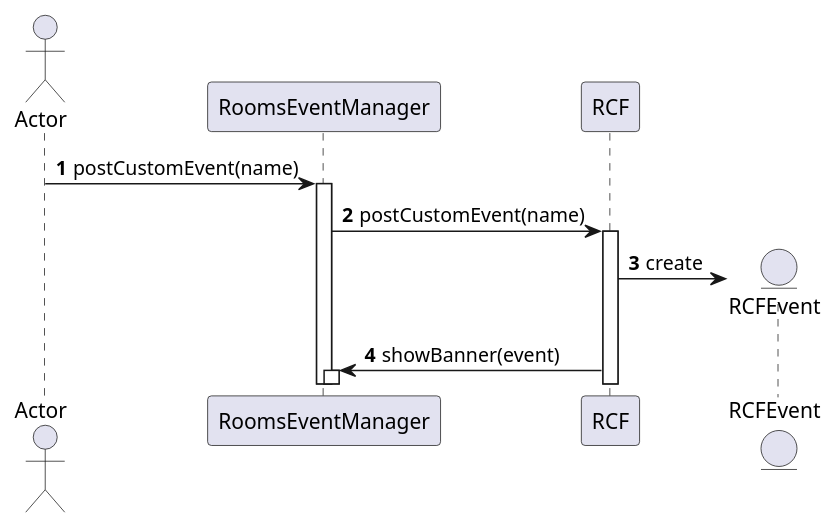
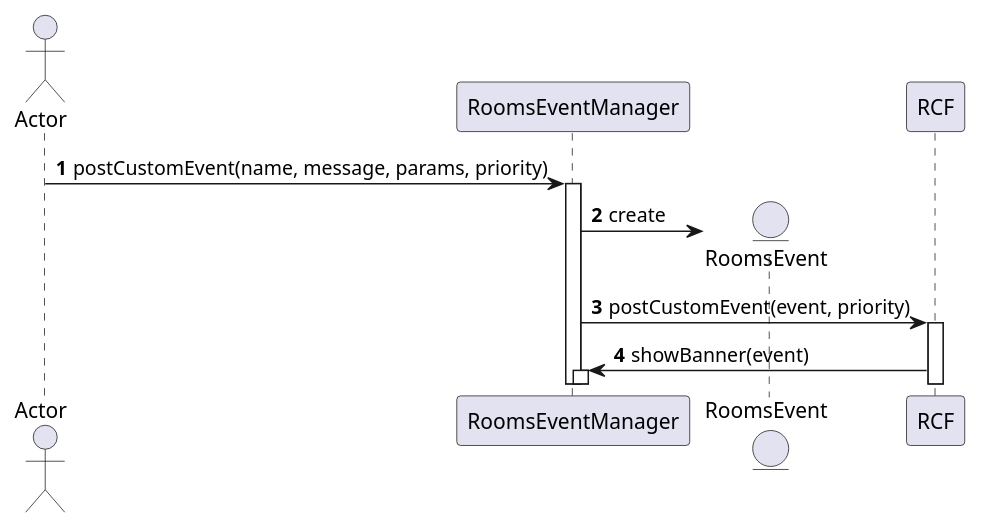
Before and after one commit to DarkSherlock/PlantUML: the diagram in uml/event/PostCustomBannerSequenceDiagram.puml, drawn with PlantUML. The commit also changed 3 other files, not shown here.

Commit message:
update events diagram

```diff
--- a/uml/event/PostCustomBannerSequenceDiagram.puml
+++ b/uml/event/PostCustomBannerSequenceDiagram.puml
@@ -1,16 +1,16 @@
 @startuml
 'https://plantuml.com/sequence-diagram
 
 autonumber
 
 actor Actor
 participant RoomsEventManager
+entity RoomsEvent
 participant RCF
-entity RCFEvent
 autoactivate on
 
-Actor -> RoomsEventManager: postCustomEvent(name)
-RoomsEventManager -> RCF: postCustomEvent(name)
-RCF -> RCFEvent **: create
+Actor -> RoomsEventManager: postCustomEvent(name, message, params, priority)
+RoomsEventManager -> RoomsEvent **: create
+RoomsEventManager -> RCF: postCustomEvent(event, priority)
 RCF -> RoomsEventManager: showBanner(event)
 @enduml
```
